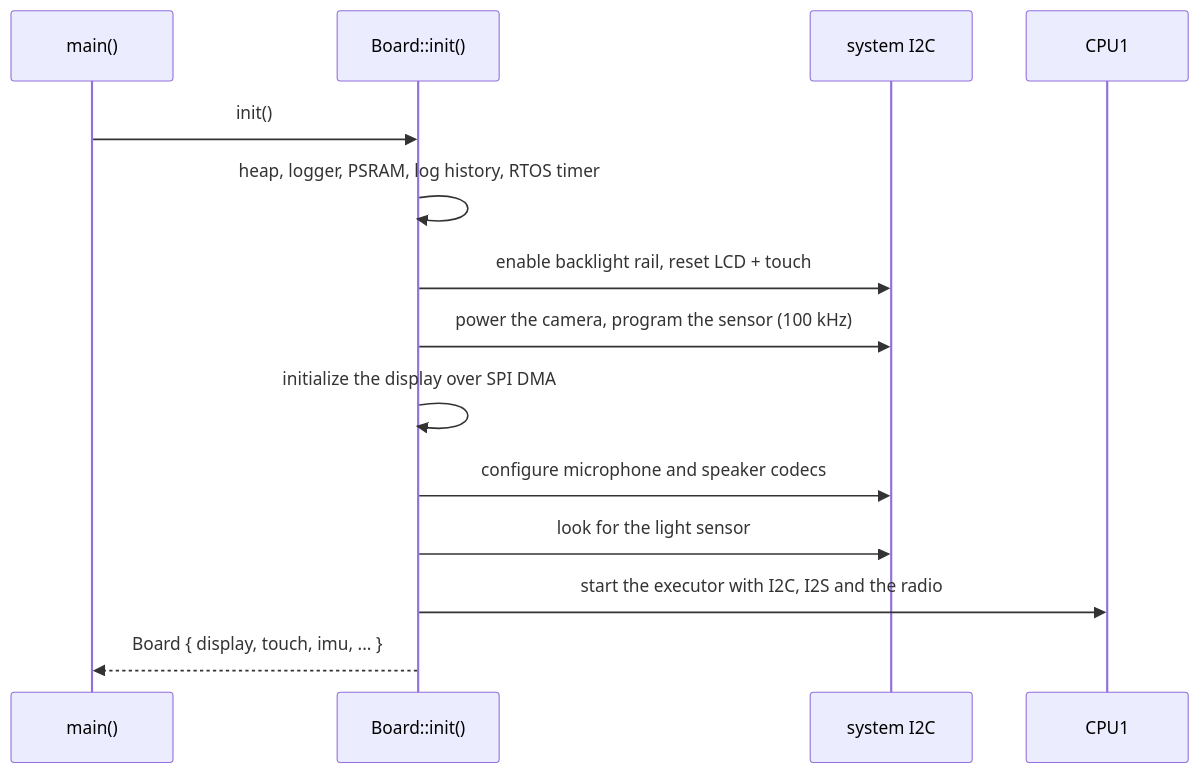
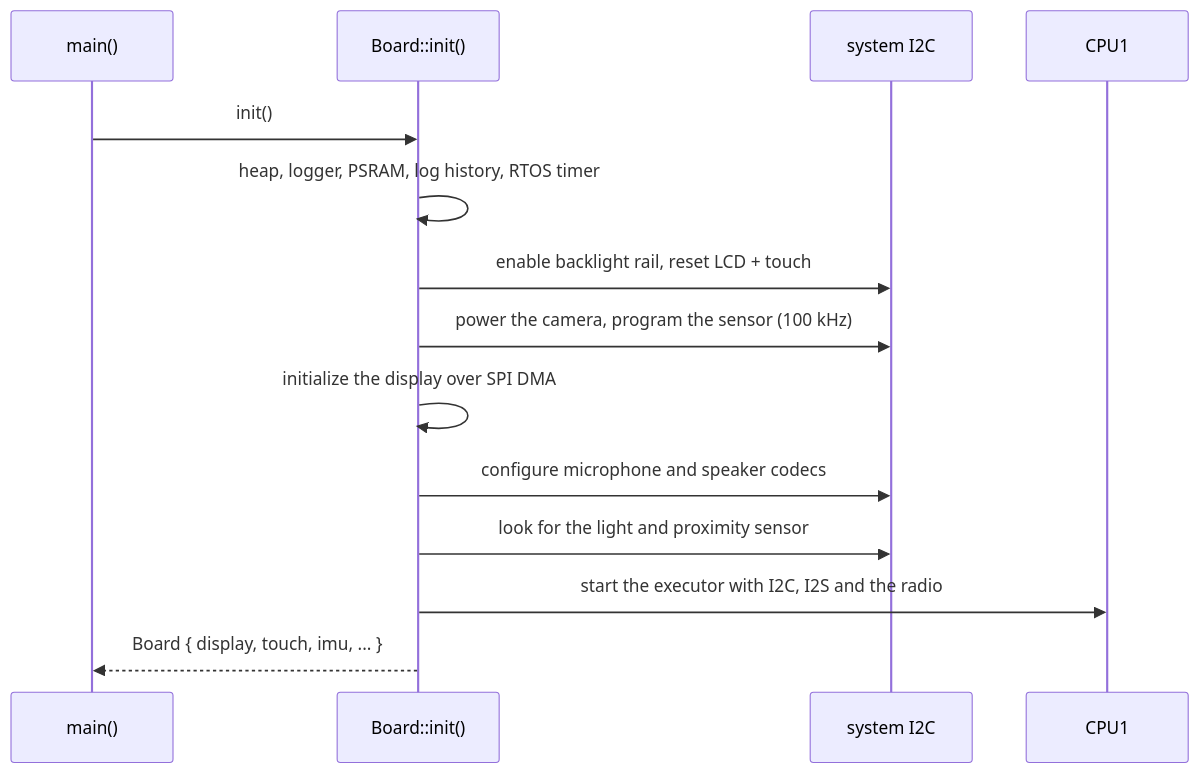
One commit to wackazong/hackandhike-2026 changed the second of 7 diagrams in docs/architecture.md. Above: the diagram before and after it, drawn with Mermaid. The commit also changed other lines of this file and 12 other files, not shown here.

First line of the commit message:
refactor: separate Light and Proximity handles

````diff
--- a/docs/architecture.md
+++ b/docs/architecture.md
@@ -49,17 +49,17 @@
 ```mermaid
 sequenceDiagram
     participant Main as main()
     participant Board as Board::init()
     participant I2C as system I2C
     participant CPU1 as CPU1
 
     Main->>Board: init()
     Board->>Board: heap, logger, PSRAM, log history, RTOS timer
     Board->>I2C: enable backlight rail, reset LCD + touch
     Board->>I2C: power the camera, program the sensor (100 kHz)
     Board->>Board: initialize the display over SPI DMA
     Board->>I2C: configure microphone and speaker codecs
-    Board->>I2C: look for the light sensor
+    Board->>I2C: look for the light and proximity sensor
     Board->>CPU1: start the executor with I2C, I2S and the radio
     Board-->>Main: Board { display, touch, imu, ... }
 ```
````
